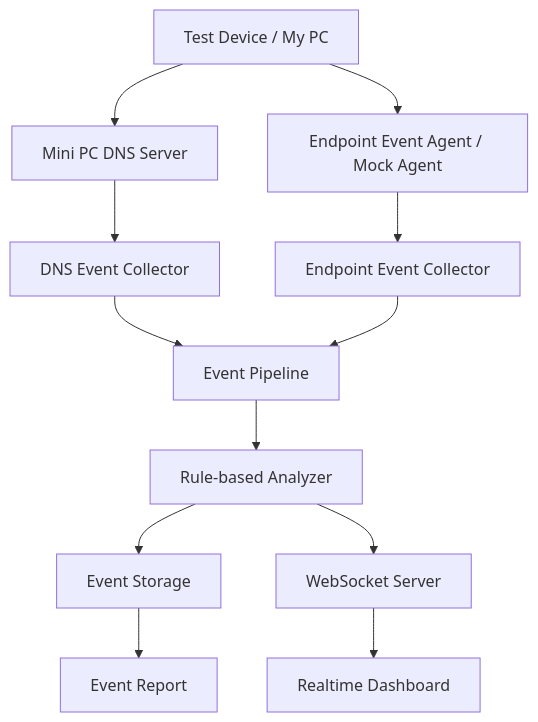
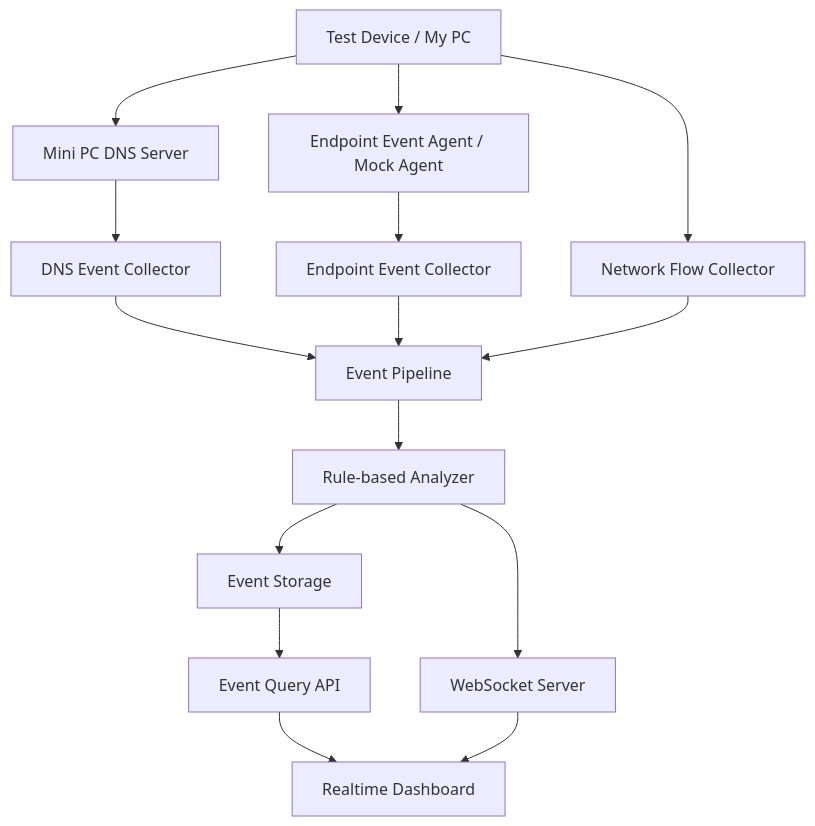
Before and after one commit to seoheejung/officeguard-lab: the diagram in README.md, drawn with Mermaid. The commit also changed other lines of this file and 5 other files, not shown here.

Commit message:
feat: Backend WebSocket 구성

````diff
--- a/README.md
+++ b/README.md
@@ -59,18 +59,21 @@
 ```mermaid
 flowchart TD
     Client["Test Device / My PC"] --> DNS["Mini PC DNS Server"]
     Client --> Agent["Endpoint Event Agent / Mock Agent"]
+    Client --> FlowCollector["Network Flow Collector"]
 
     DNS --> DNSCollector["DNS Event Collector"]
     Agent --> EndpointCollector["Endpoint Event Collector"]
 
     DNSCollector --> Pipeline["Event Pipeline"]
     EndpointCollector --> Pipeline
+    FlowCollector --> Pipeline
 
     Pipeline --> Analyzer["Rule-based Analyzer"]
     Analyzer --> Storage["Event Storage"]
     Analyzer --> WebSocket["WebSocket Server"]
 
-    WebSocket --> Dashboard["Realtime Dashboard"]
-    Storage --> Report["Event Report"]
+    Storage --> API["Event Query API"]
+    API --> Dashboard["Realtime Dashboard"]
+    WebSocket --> Dashboard
 ```
````
